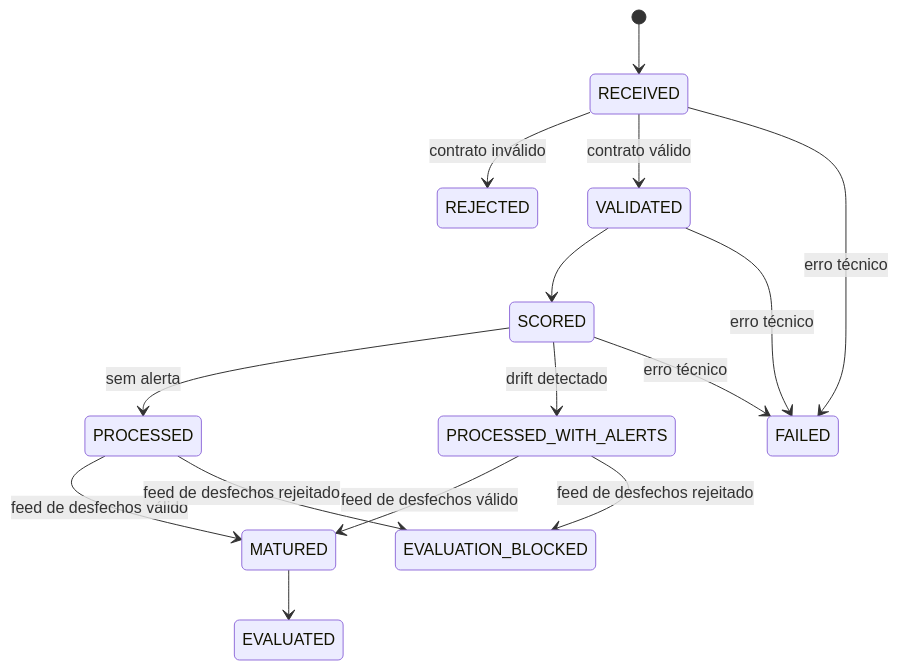
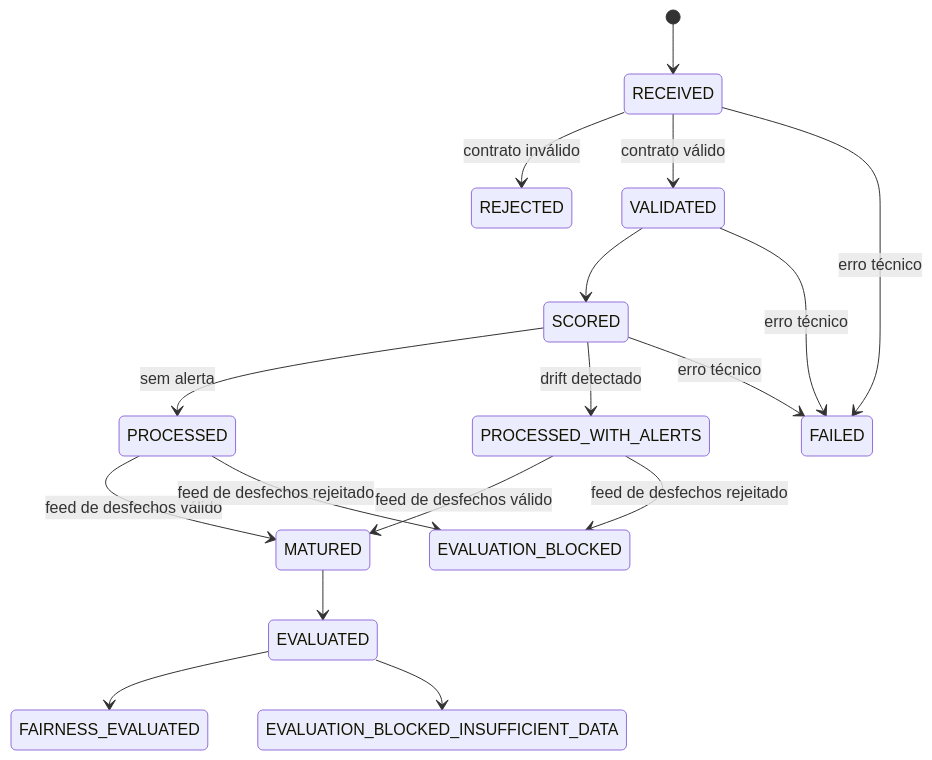
Before and after one commit to FernandoFailla/techchallenge-fase4: the second of 2 diagrams in docs/architecture.md, drawn with Mermaid. The commit also changed other lines of this file and 47 other files, not shown here.

````diff
--- a/docs/architecture.md
+++ b/docs/architecture.md
@@ -58,17 +58,19 @@
 ```mermaid
 stateDiagram-v2
     [*] --> RECEIVED
     RECEIVED --> REJECTED: contrato inválido
     RECEIVED --> VALIDATED: contrato válido
     VALIDATED --> SCORED
     SCORED --> PROCESSED: sem alerta
     SCORED --> PROCESSED_WITH_ALERTS: drift detectado
     PROCESSED --> MATURED: feed de desfechos válido
     PROCESSED_WITH_ALERTS --> MATURED: feed de desfechos válido
     PROCESSED --> EVALUATION_BLOCKED: feed de desfechos rejeitado
     PROCESSED_WITH_ALERTS --> EVALUATION_BLOCKED: feed de desfechos rejeitado
     MATURED --> EVALUATED
+    EVALUATED --> FAIRNESS_EVALUATED
+    EVALUATED --> EVALUATION_BLOCKED_INSUFFICIENT_DATA
     RECEIVED --> FAILED: erro técnico
     VALIDATED --> FAILED: erro técnico
     SCORED --> FAILED: erro técnico
 ```
````
